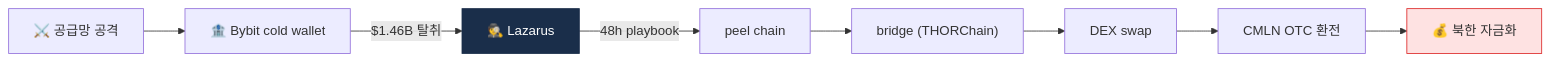
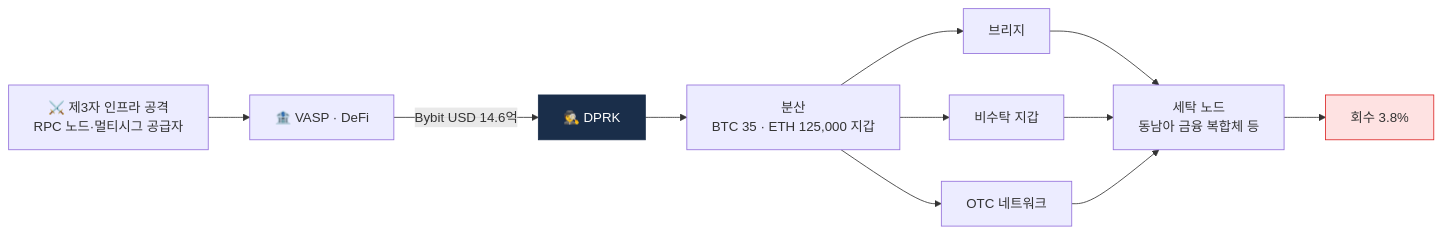
One commit to lala-david/aml-notes changed the first of 2 diagrams in curriculum/day_50.md. Above: the diagram before and after it, drawn with Mermaid. The commit also changed other lines of this file and 233 other files, not shown here.

````diff
--- a/curriculum/day_50.md
+++ b/curriculum/day_50.md
@@ -13,12 +12,15 @@
 ```mermaid
 flowchart LR
-    A["⚔️ 공급망 공격"] --> B["🏦 Bybit cold wallet"]
-    B -->|$1.46B 탈취| L["🕵️ Lazarus"]
-    L -->|48h playbook| P1["peel chain"]
-    P1 --> P2["bridge (THORChain)"]
-    P2 --> P3["DEX swap"]
-    P3 --> P4["CMLN OTC 환전"]
-    P4 --> K["💰 북한 자금화"]
+    A["⚔️ 제3자 인프라 공격<br/>RPC 노드·멀티시그 공급자"] --> B["🏦 VASP · DeFi"]
+    B -->|"Bybit USD 14.6억"| L["🕵️ DPRK"]
+    L --> P1["분산<br/>BTC 35 · ETH 125,000 지갑"]
+    P1 --> P2["브리지"]
+    P1 --> P3["비수탁 지갑"]
+    P1 --> P4["OTC 네트워크"]
+    P2 --> K["세탁 노드<br/>동남아 금융 복합체 등"]
+    P3 --> K
+    P4 --> K
+    K --> R["회수 3.8%"]
     style L fill:#1a2e4a,color:#fff,stroke:#1a2e4a
-    style K fill:#fee2e2,stroke:#dc2626
+    style R fill:#fee2e2,stroke:#dc2626
 ```
````
